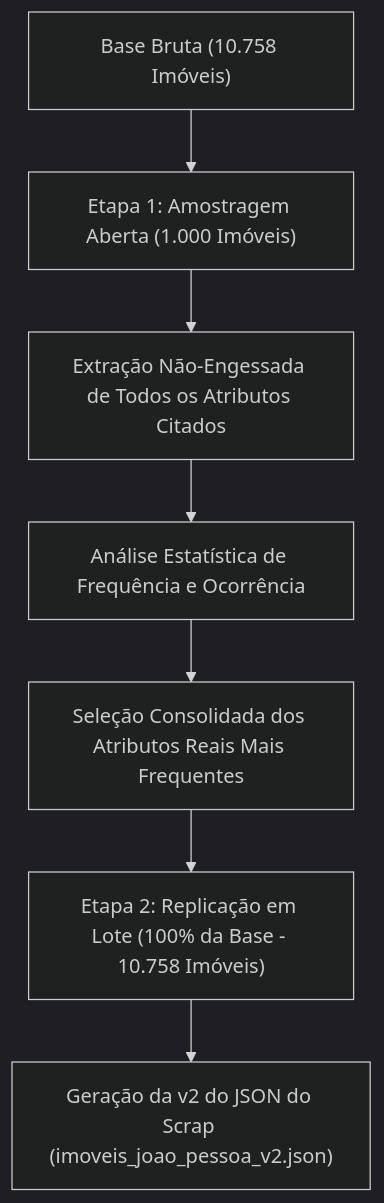
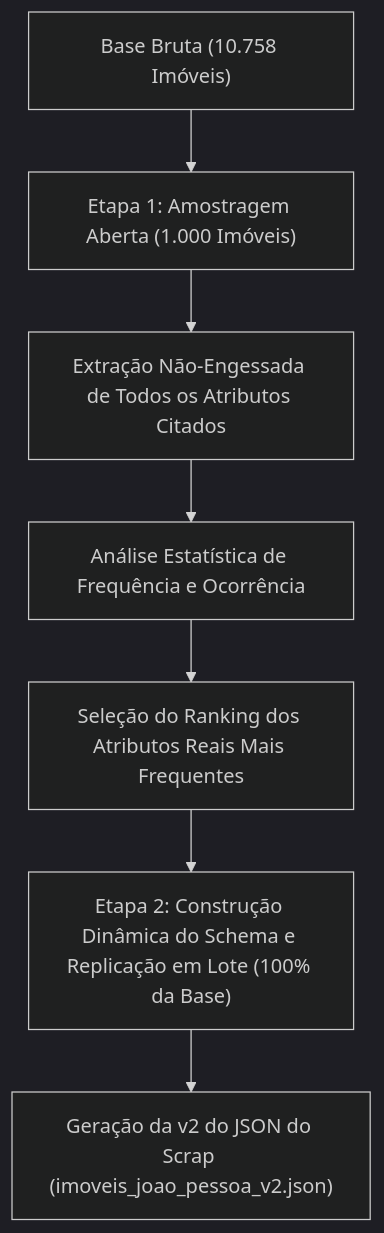
The diagram in docs/issue_9_extracao_llm.md (Vitoreism/Projeto-Aprendizagem-Maquina), drawn with Mermaid (dark theme) before and after one commit. The commit also changed other lines of this file, not shown here.

````diff
--- a/docs/issue_9_extracao_llm.md
+++ b/docs/issue_9_extracao_llm.md
@@ -15,9 +15,9 @@
 ```mermaid
 graph TD
     A["Base Bruta (10.758 Imóveis)"] --> B["Etapa 1: Amostragem Aberta (1.000 Imóveis)"]
     B --> C["Extração Não-Engessada de Todos os Atributos Citados"]
     C --> D["Análise Estatística de Frequência e Ocorrência"]
-    D --> E["Seleção Consolidada dos Atributos Reais Mais Frequentes"]
-    E --> F["Etapa 2: Replicação em Lote (100% da Base - 10.758 Imóveis)"]
+    D --> E["Seleção do Ranking dos Atributos Reais Mais Frequentes"]
+    E --> F["Etapa 2: Construção Dinâmica do Schema e Replicação em Lote (100% da Base)"]
     F --> G["Geração da v2 do JSON do Scrap (imoveis_joao_pessoa_v2.json)"]
 ```
````
